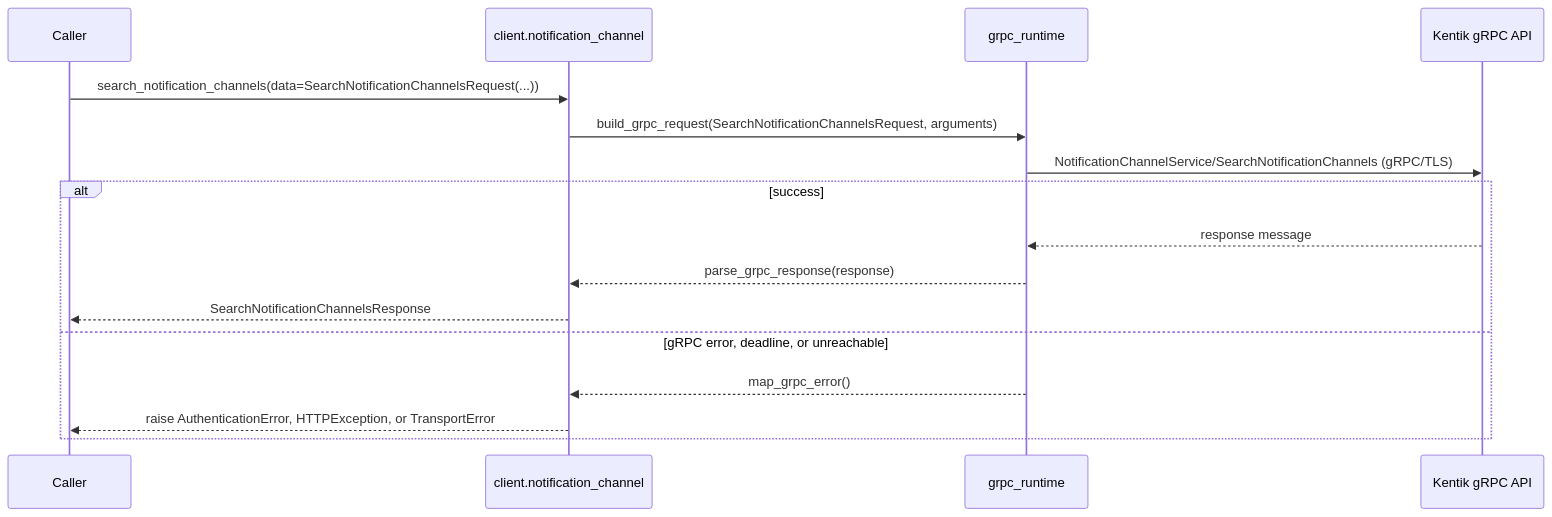
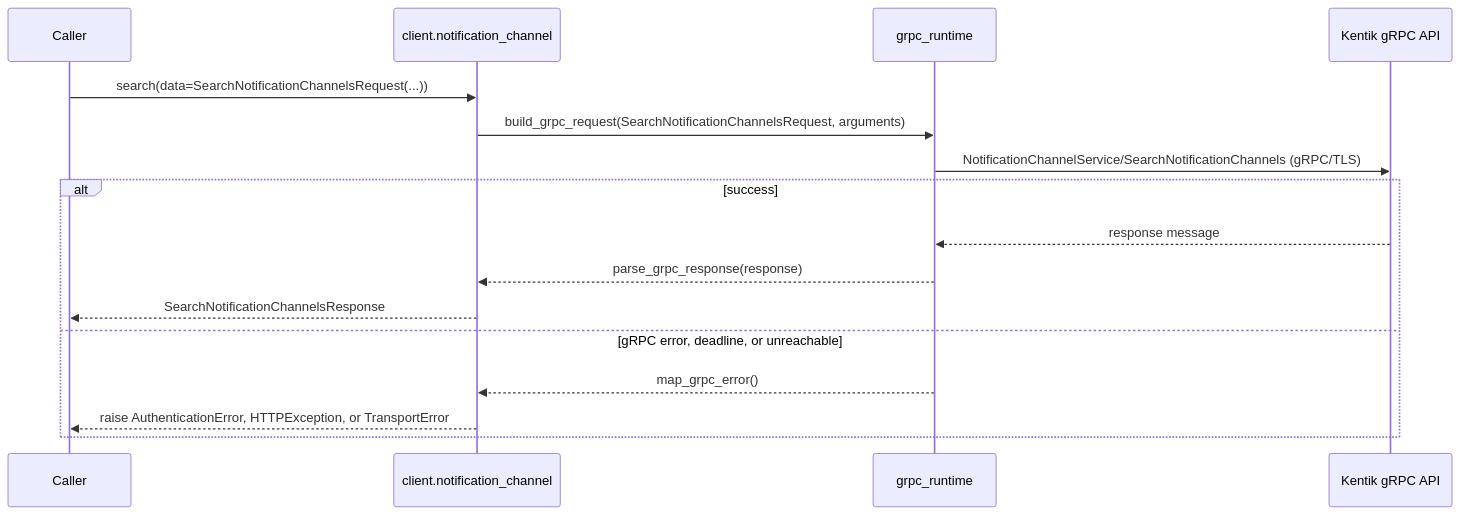
Before and after one commit to alexdearaujo/community_sdk_python: the fifth of 8 diagrams in docs/sphinx/services/notification_channel.md, drawn with Mermaid. The commit also changed other lines of this file and 119 other files, not shown here.

````diff
--- a/docs/sphinx/services/notification_channel.md
+++ b/docs/sphinx/services/notification_channel.md
@@ -127,19 +127,19 @@
 ```mermaid
 sequenceDiagram
     participant C as Caller
     participant W as client.notification_channel
     participant R as grpc_runtime
     participant API as Kentik gRPC API
 
-    C->>W: search_notification_channels(data=SearchNotificationChannelsRequest(...))
+    C->>W: search(data=SearchNotificationChannelsRequest(...))
     W->>R: build_grpc_request(SearchNotificationChannelsRequest, arguments)
     R->>API: NotificationChannelService/SearchNotificationChannels (gRPC/TLS)
     alt success
         API-->>R: response message
         R-->>W: parse_grpc_response(response)
         W-->>C: SearchNotificationChannelsResponse
     else gRPC error, deadline, or unreachable
         R-->>W: map_grpc_error()
         W-->>C: raise AuthenticationError, HTTPException, or TransportError
     end
 ```
````
